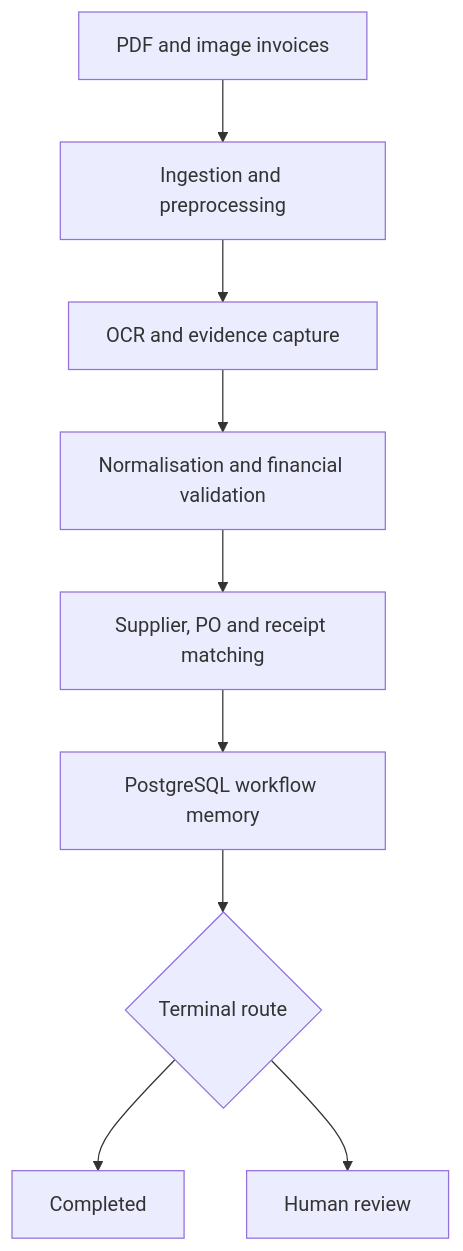
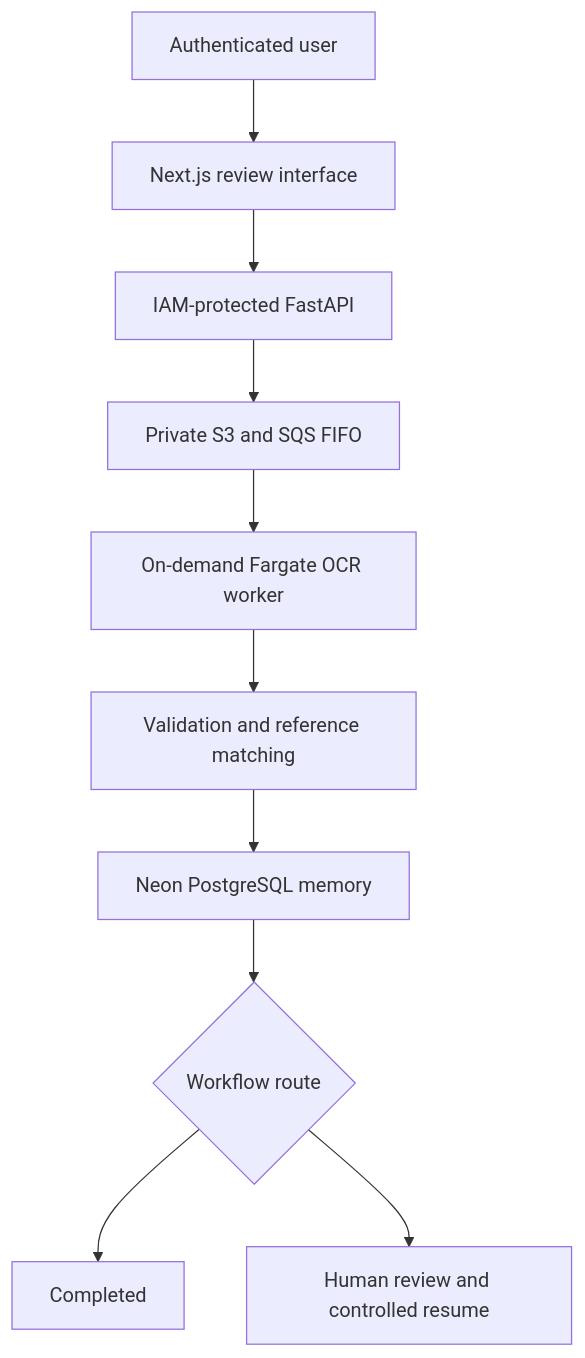
One commit to AIanumel2025/accounts-payable-agent changed the diagram in README.md. Above: the diagram before and after it, drawn with Mermaid. The commit also changed other lines of this file, not shown here.

````diff
--- a/README.md
+++ b/README.md
@@ -45,11 +37,12 @@
 ```mermaid
 flowchart TD
-    A["PDF and image invoices"] --> B["Ingestion and preprocessing"]
-    B --> C["OCR and evidence capture"]
-    C --> D["Normalisation and financial validation"]
-    D --> E["Supplier, PO and receipt matching"]
-    E --> F["PostgreSQL workflow memory"]
-    F --> G{"Terminal route"}
-    G --> H["Completed"]
-    G --> I["Human review"]
+    A["Authenticated user"] --> B["Next.js review interface"]
+    B --> C["IAM-protected FastAPI"]
+    C --> D["Private S3 and SQS FIFO"]
+    D --> E["On-demand Fargate OCR worker"]
+    E --> F["Validation and reference matching"]
+    F --> G["Neon PostgreSQL memory"]
+    G --> H{"Workflow route"}
+    H --> I["Completed"]
+    H --> J["Human review and controlled resume"]
 ```
````
